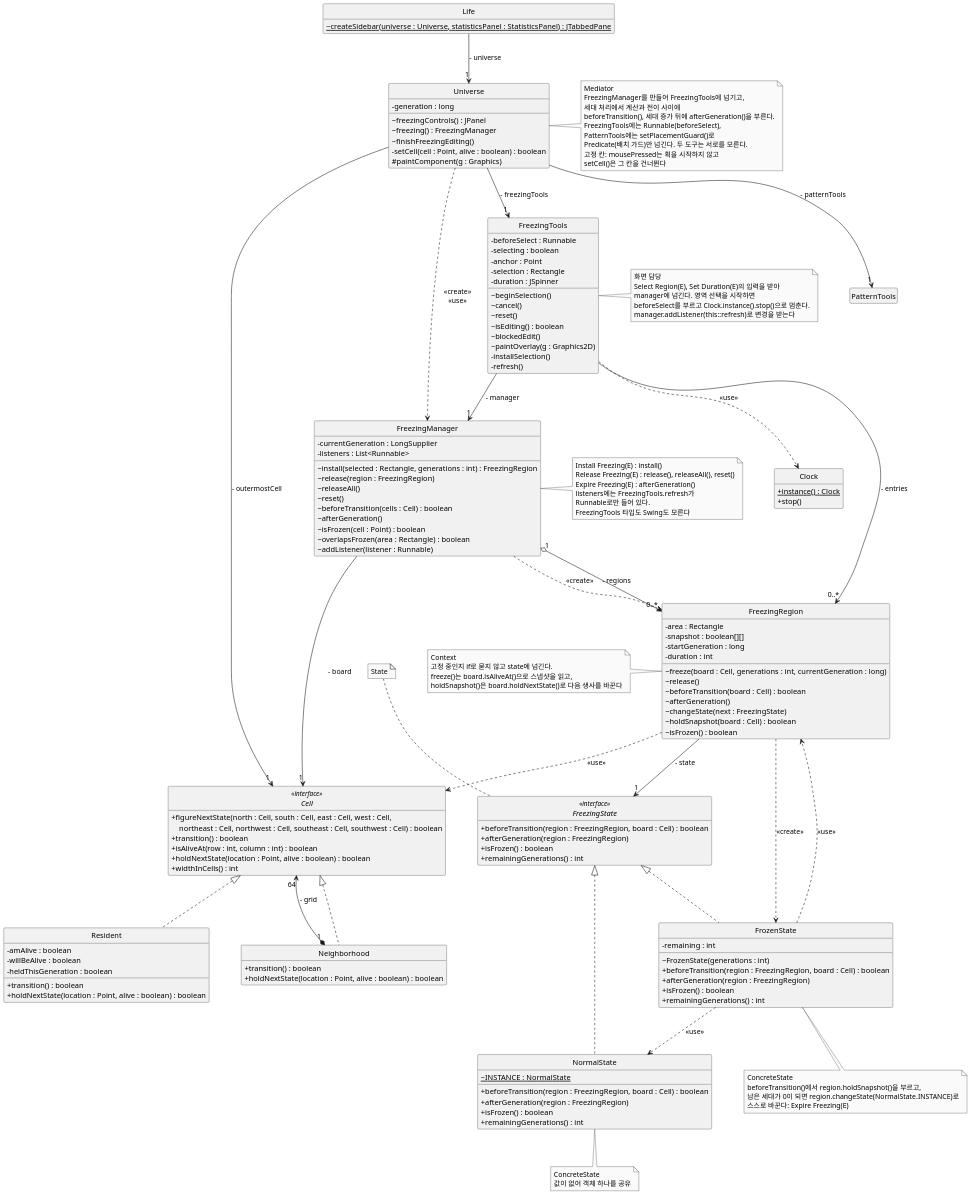
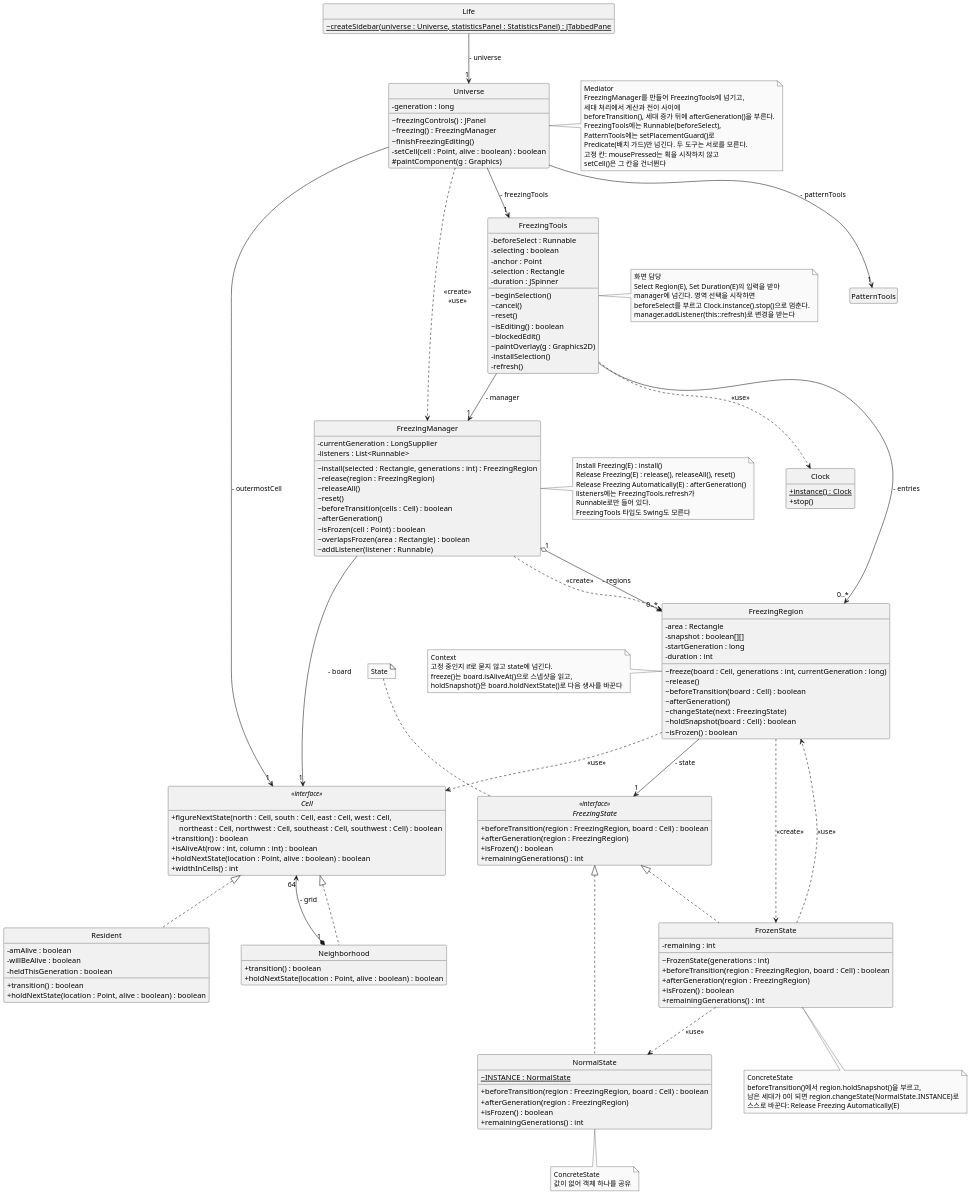
Before and after one commit to mckimR1972/DP_team_project: the diagram in docs/freezing/diagram/class-freezing.puml, drawn with PlantUML. The commit also changed 8 other files, not shown here.

First line of the commit message:
docs: 자동 해제 유스케이스 이름을 Release Freezing Automatically(E)로 바꿈

```diff
--- a/docs/freezing/diagram/class-freezing.puml
+++ b/docs/freezing/diagram/class-freezing.puml
@@ -1,186 +1,186 @@
 @startuml class-freezing
 skinparam monochrome true
 skinparam dpi 150
 skinparam shadowing false
 skinparam defaultFontName "Malgun Gothic"
 skinparam classAttributeIconSize 0
 hide circle
 hide empty members
 skinparam ranksep 70
 skinparam nodesep 60
 
 interface Cell <<interface>> {
   + figureNextState(north : Cell, south : Cell, east : Cell, west : Cell,\n    northeast : Cell, northwest : Cell, southeast : Cell, southwest : Cell) : boolean
   + transition() : boolean
   + isAliveAt(row : int, column : int) : boolean
   + holdNextState(location : Point, alive : boolean) : boolean
   + widthInCells() : int
 }
 
 class Neighborhood {
   + transition() : boolean
   + holdNextState(location : Point, alive : boolean) : boolean
 }
 
 class Resident {
   - amAlive : boolean
   - willBeAlive : boolean
   - heldThisGeneration : boolean
   + transition() : boolean
   + holdNextState(location : Point, alive : boolean) : boolean
 }
 
 class Universe {
   - generation : long
   ~ freezingControls() : JPanel
   ~ freezing() : FreezingManager
   ~ finishFreezingEditing()
   - setCell(cell : Point, alive : boolean) : boolean
   # paintComponent(g : Graphics)
 }
 
 class Clock {
   + {static} instance() : Clock
   + stop()
 }
 
 class Life {
   ~ {static} createSidebar(universe : Universe, statisticsPanel : StatisticsPanel) : JTabbedPane
 }
 
 class PatternTools
 
 class FreezingTools {
   - beforeSelect : Runnable
   - selecting : boolean
   - anchor : Point
   - selection : Rectangle
   - duration : JSpinner
   ~ beginSelection()
   ~ cancel()
   ~ reset()
   ~ isEditing() : boolean
   ~ blockedEdit()
   ~ paintOverlay(g : Graphics2D)
   - installSelection()
   - refresh()
 }
 
 class FreezingManager {
   - currentGeneration : LongSupplier
   - listeners : List<Runnable>
   ~ install(selected : Rectangle, generations : int) : FreezingRegion
   ~ release(region : FreezingRegion)
   ~ releaseAll()
   ~ reset()
   ~ beforeTransition(cells : Cell) : boolean
   ~ afterGeneration()
   ~ isFrozen(cell : Point) : boolean
   ~ overlapsFrozen(area : Rectangle) : boolean
   ~ addListener(listener : Runnable)
 }
 
 class FreezingRegion {
   - area : Rectangle
   - snapshot : boolean[][]
   - startGeneration : long
   - duration : int
   ~ freeze(board : Cell, generations : int, currentGeneration : long)
   ~ release()
   ~ beforeTransition(board : Cell) : boolean
   ~ afterGeneration()
   ~ changeState(next : FreezingState)
   ~ holdSnapshot(board : Cell) : boolean
   ~ isFrozen() : boolean
 }
 
 interface FreezingState <<interface>> {
   + beforeTransition(region : FreezingRegion, board : Cell) : boolean
   + afterGeneration(region : FreezingRegion)
   + isFrozen() : boolean
   + remainingGenerations() : int
 }
 
 class NormalState {
   ~ {static} INSTANCE : NormalState
   + beforeTransition(region : FreezingRegion, board : Cell) : boolean
   + afterGeneration(region : FreezingRegion)
   + isFrozen() : boolean
   + remainingGenerations() : int
 }
 
 class FrozenState {
   - remaining : int
   ~ FrozenState(generations : int)
   + beforeTransition(region : FreezingRegion, board : Cell) : boolean
   + afterGeneration(region : FreezingRegion)
   + isFrozen() : boolean
   + remainingGenerations() : int
 }
 
 Cell <|.. Neighborhood
 Cell <|.. Resident
 Neighborhood "1" *-up-> "64" Cell : - grid
 
 Life --> "1" Universe : - universe
 Universe --> "1" Cell : - outermostCell
 Universe --> "1" FreezingTools : - freezingTools
 Universe --> "1" PatternTools : - patternTools
 Universe ..> FreezingManager : <<create>>\n<<use>>
 
 FreezingTools --> "1" FreezingManager : - manager
 FreezingTools --> "0..*" FreezingRegion : - entries
 FreezingTools ..> Clock : <<use>>
 FreezingManager "1" o--> "0..*" FreezingRegion : - regions
 FreezingManager ..> FreezingRegion : <<create>>
 FreezingManager --> "1" Cell : - board
 
 FreezingRegion --> "1" FreezingState : - state
 FreezingRegion ..> Cell : <<use>>
 FreezingRegion ..> FrozenState : <<create>>
 FreezingState <|.. NormalState
 FreezingState <|.. FrozenState
 FrozenState ..> FreezingRegion : <<use>>
 FrozenState ..> NormalState : <<use>>
 
 note top of FreezingState : State
 note bottom of NormalState : ConcreteState\n값이 없어 객체 하나를 공유
 note bottom of FrozenState
   ConcreteState
   beforeTransition()에서 region.holdSnapshot()을 부르고,
   남은 세대가 0이 되면 region.changeState(NormalState.INSTANCE)로
-  스스로 바꾼다: Expire Freezing(E)
+  스스로 바꾼다: Release Freezing Automatically(E)
 end note
 note left of FreezingRegion
   Context
   고정 중인지 if로 묻지 않고 state에 넘긴다.
   freeze()는 board.isAliveAt()으로 스냅샷을 읽고,
   holdSnapshot()은 board.holdNextState()로 다음 생사를 바꾼다
 end note
 note right of FreezingTools
   화면 담당
   Select Region(E), Set Duration(E)의 입력을 받아
   manager에 넘긴다. 영역 선택을 시작하면
   beforeSelect를 부르고 Clock.instance().stop()으로 멈춘다.
   manager.addListener(this::refresh)로 변경을 받는다
 end note
 note right of FreezingManager
   Install Freezing(E) : install()
   Release Freezing(E) : release(), releaseAll(), reset()
-  Expire Freezing(E) : afterGeneration()
+  Release Freezing Automatically(E) : afterGeneration()
   listeners에는 FreezingTools.refresh가
   Runnable로만 들어 있다.
   FreezingTools 타입도 Swing도 모른다
 end note
 note right of Universe
   Mediator
   FreezingManager를 만들어 FreezingTools에 넘기고,
   세대 처리에서 계산과 전이 사이에
   beforeTransition(), 세대 증가 뒤에 afterGeneration()을 부른다.
   FreezingTools에는 Runnable(beforeSelect),
   PatternTools에는 setPlacementGuard()로
   Predicate(배치 가드)만 넘긴다. 두 도구는 서로를 모른다.
   고정 칸: mousePressed는 획을 시작하지 않고
   setCell()은 그 칸을 건너뛴다
 end note
 @enduml
```
